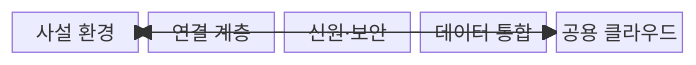
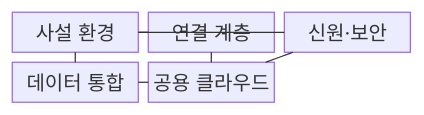
One commit to agnusdei1207/knowledge-base changed the first of 2 diagrams in src/content/docs/notes/08-latest-tech/181_hybrid_cloud.md. Above: the diagram before and after it, drawn with Mermaid. The commit also changed other lines of this file and 53 other files, not shown here.

````diff
--- a/src/content/docs/notes/08-latest-tech/181_hybrid_cloud.md
+++ b/src/content/docs/notes/08-latest-tech/181_hybrid_cloud.md
@@ -50,15 +50,15 @@
 ```mermaid
 block-beta
-  columns 5
+  columns 3
   A["사설 환경"]
   B["연결 계층"]
   C["신원·보안"]
   D["데이터 통합"]
   E["공용 클라우드"]
-  A --> B
-  B --> E
-  C --> A
-  C --> E
-  D --> A
-  D --> E
+  A --- B
+  B --- E
+  C --- A
+  C --- E
+  D --- A
+  D --- E
 ```
````
